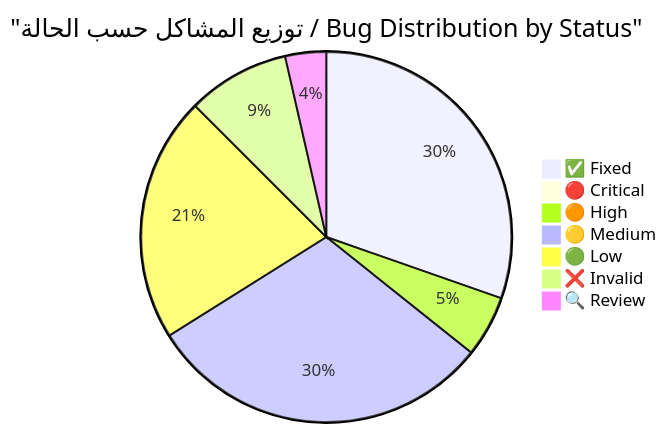
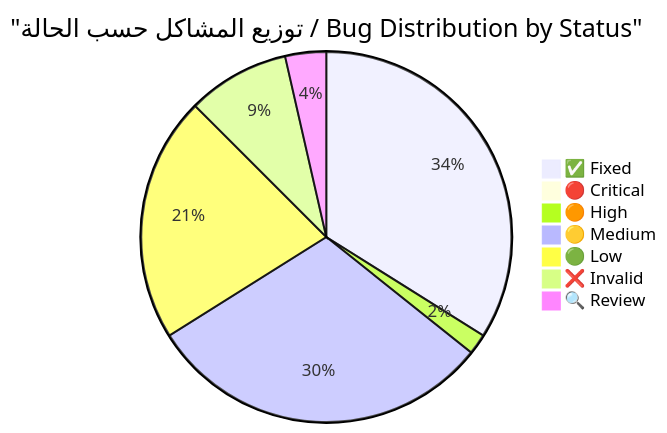
One commit to olevar2/Auj6 changed the first of 5 diagrams in docs/reports/COMPLETE_BUG_VERIFICATION_REPORT_NEW.md. Above: the diagram before and after it, drawn with Mermaid. The commit also changed other lines of this file and 2 other files, not shown here.

````diff
--- a/docs/reports/COMPLETE_BUG_VERIFICATION_REPORT_NEW.md
+++ b/docs/reports/COMPLETE_BUG_VERIFICATION_REPORT_NEW.md
@@ -16,10 +16,10 @@
 ```mermaid
 pie title "توزيع المشاكل حسب الحالة / Bug Distribution by Status"
-    "✅ Fixed" : 17
+    "✅ Fixed" : 19
     "🔴 Critical" : 0
-    "🟠 High" : 3
+    "🟠 High" : 1
     "🟡 Medium" : 17
     "🟢 Low" : 12
     "❌ Invalid" : 5
     "🔍 Review" : 2
 ```
````
